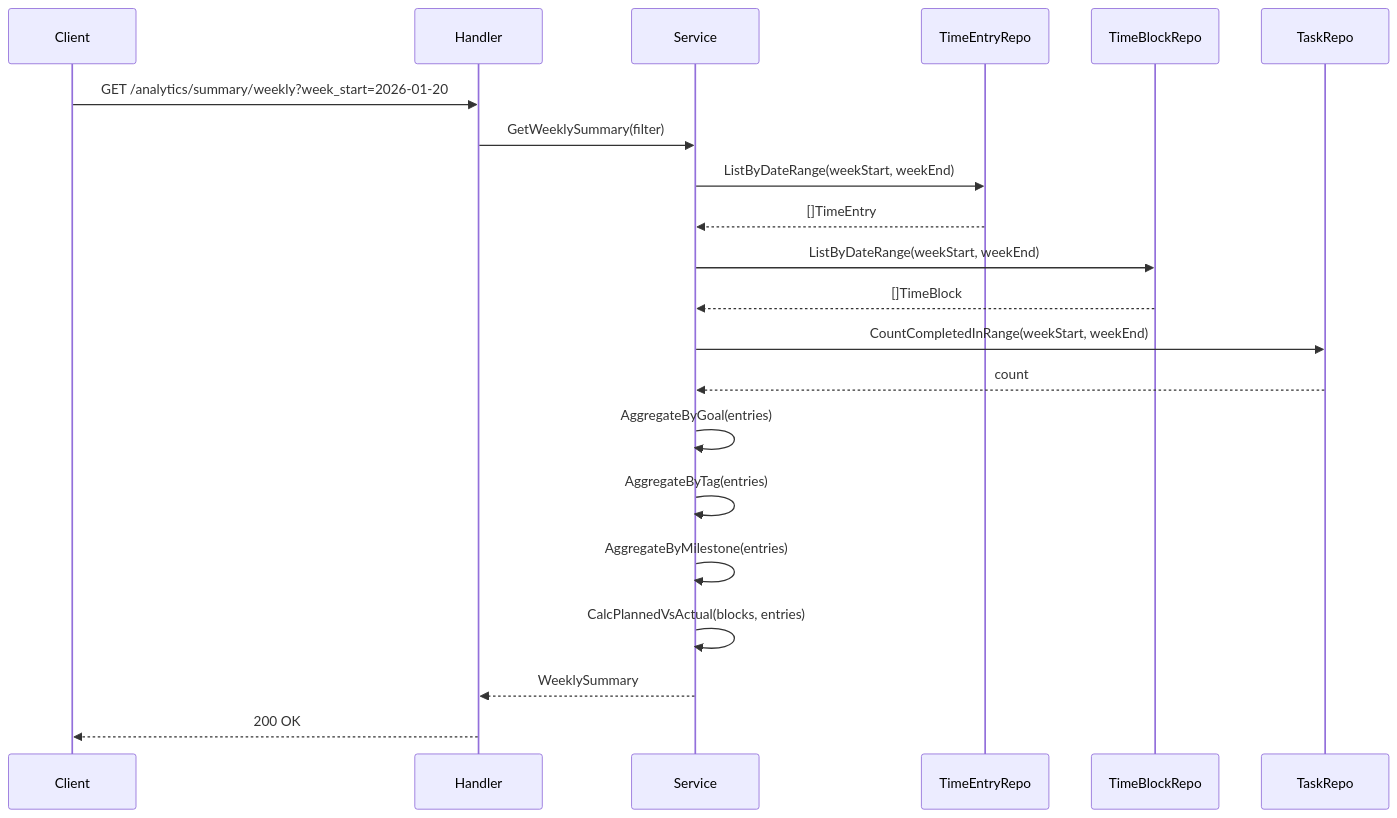
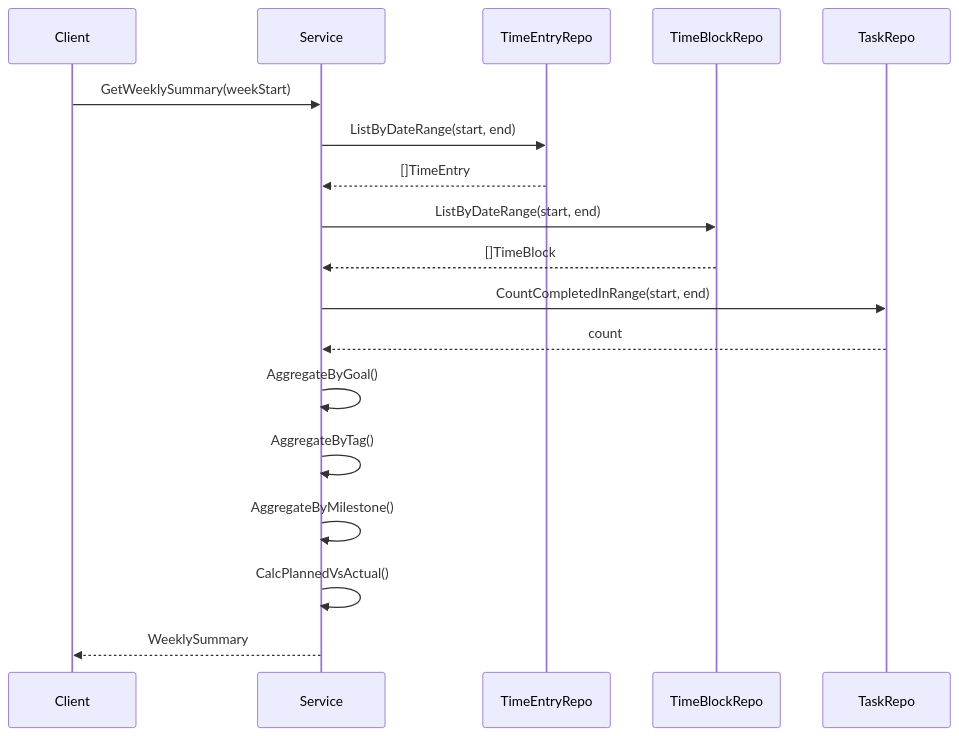
One commit to yu-min3/kensan changed the third of 3 diagrams in backend/services/analytics/ARCHITECTURE.md. Above: the diagram before and after it, drawn with Mermaid. The commit also changed other lines of this file and 117 other files, not shown here.

````diff
--- a/backend/services/analytics/ARCHITECTURE.md
+++ b/backend/services/analytics/ARCHITECTURE.md
@@ -292,24 +117,21 @@
 ```mermaid
 sequenceDiagram
     participant Client
-    participant Handler
     participant Service
     participant TimeEntryRepo
     participant TimeBlockRepo
     participant TaskRepo
 
-    Client->>Handler: GET /analytics/summary/weekly?week_start=2026-01-20
-    Handler->>Service: GetWeeklySummary(filter)
-    Service->>TimeEntryRepo: ListByDateRange(weekStart, weekEnd)
+    Client->>Service: GetWeeklySummary(weekStart)
+    Service->>TimeEntryRepo: ListByDateRange(start, end)
     TimeEntryRepo-->>Service: []TimeEntry
-    Service->>TimeBlockRepo: ListByDateRange(weekStart, weekEnd)
+    Service->>TimeBlockRepo: ListByDateRange(start, end)
     TimeBlockRepo-->>Service: []TimeBlock
-    Service->>TaskRepo: CountCompletedInRange(weekStart, weekEnd)
+    Service->>TaskRepo: CountCompletedInRange(start, end)
     TaskRepo-->>Service: count
-    Service->>Service: AggregateByGoal(entries)
-    Service->>Service: AggregateByTag(entries)
-    Service->>Service: AggregateByMilestone(entries)
-    Service->>Service: CalcPlannedVsActual(blocks, entries)
-    Service-->>Handler: WeeklySummary
-    Handler-->>Client: 200 OK
+    Service->>Service: AggregateByGoal()
+    Service->>Service: AggregateByTag()
+    Service->>Service: AggregateByMilestone()
+    Service->>Service: CalcPlannedVsActual()
+    Service-->>Client: WeeklySummary
 ```
````
